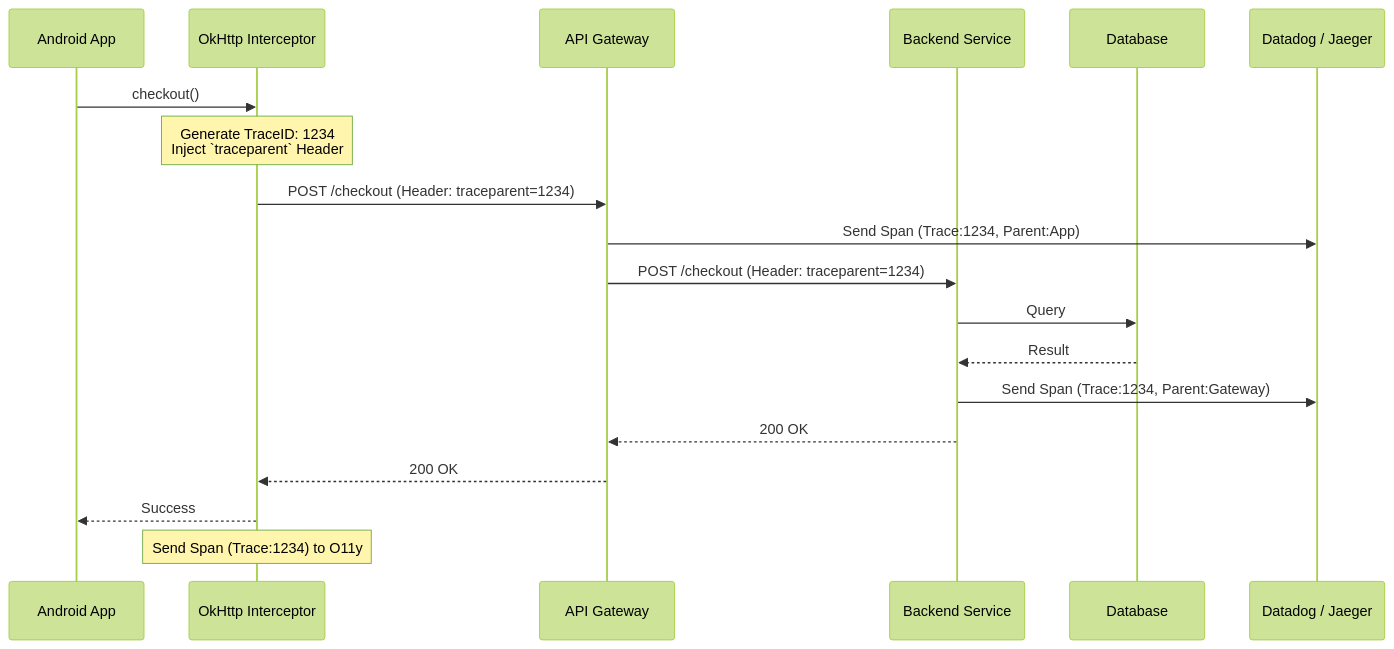
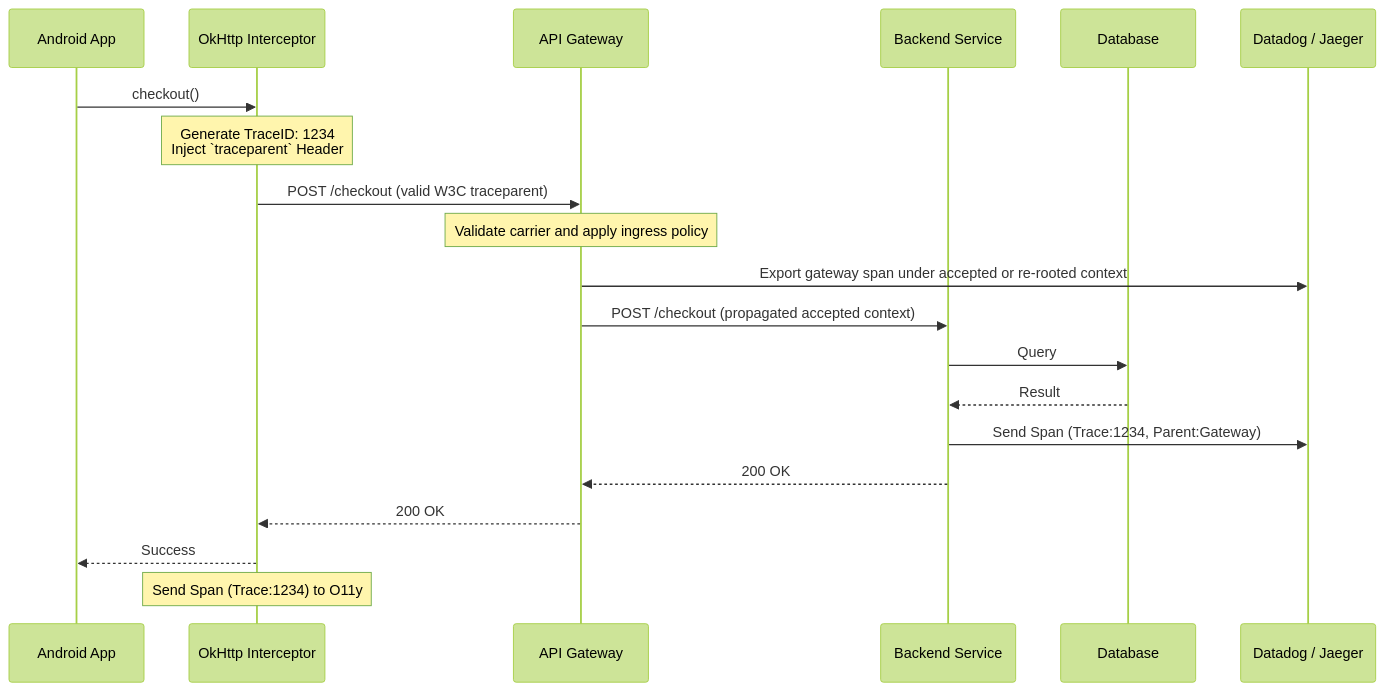
Before and after one commit to swarnsingh/android-staff-engineer-playbook-website: the diagram in observability/distributed-tracing.md, drawn with Mermaid (forest theme). The commit also changed other lines of this file and 27 other files, not shown here.

````diff
--- a/observability/distributed-tracing.md
+++ b/observability/distributed-tracing.md
@@ -69,22 +53,23 @@
 ```mermaid
 sequenceDiagram
     participant App as Android App
     participant Net as OkHttp Interceptor
     participant Gateway as API Gateway
     participant BE as Backend Service
     participant DB as Database
     participant O11y as Datadog / Jaeger
 
     App->>Net: checkout()
     Note over Net: Generate TraceID: 1234<br/>Inject `traceparent` Header
-    Net->>Gateway: POST /checkout (Header: traceparent=1234)
-    Gateway->>O11y: Send Span (Trace:1234, Parent:App)
-    Gateway->>BE: POST /checkout (Header: traceparent=1234)
+    Net->>Gateway: POST /checkout (valid W3C traceparent)
+    Note over Gateway: Validate carrier and apply ingress policy
+    Gateway->>O11y: Export gateway span under accepted or re-rooted context
+    Gateway->>BE: POST /checkout (propagated accepted context)
     BE->>DB: Query
     DB-->>BE: Result
     BE->>O11y: Send Span (Trace:1234, Parent:Gateway)
     BE-->>Gateway: 200 OK
     Gateway-->>Net: 200 OK
     Net-->>App: Success
     Note over Net: Send Span (Trace:1234) to O11y
 ```
````
